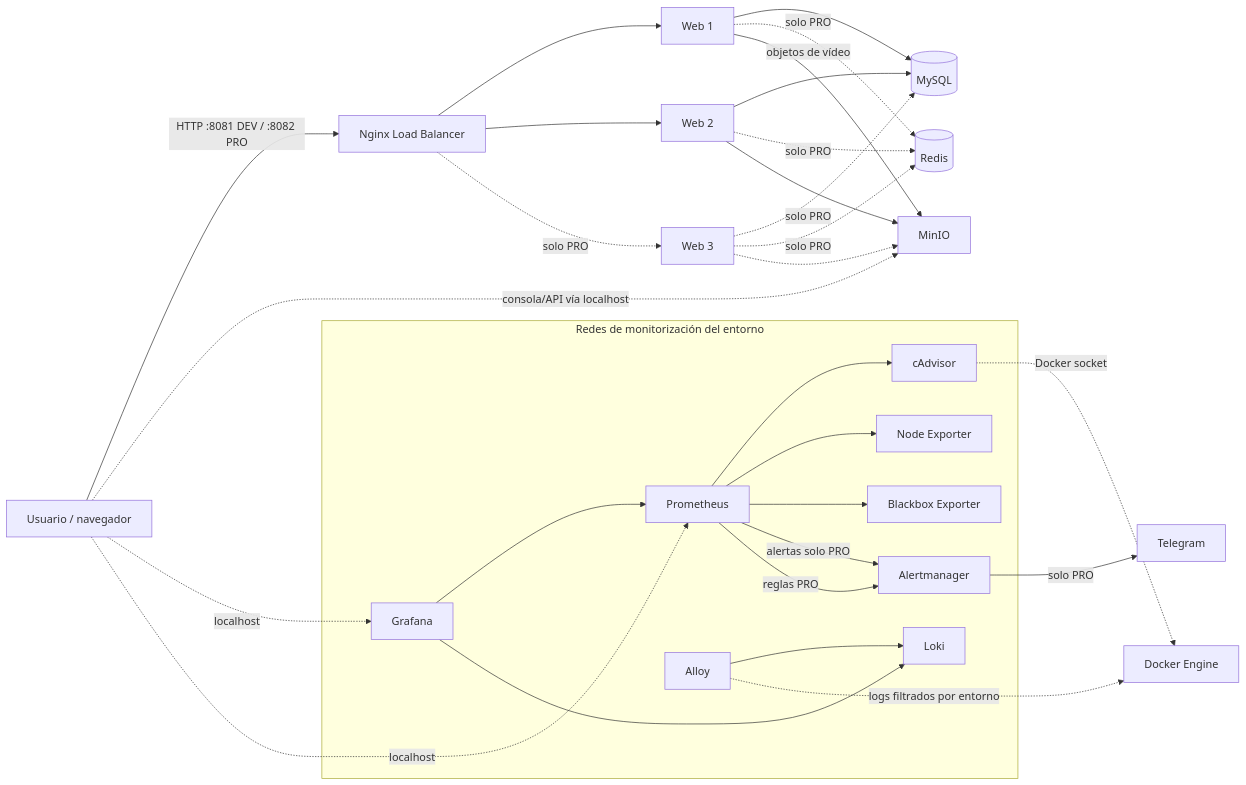
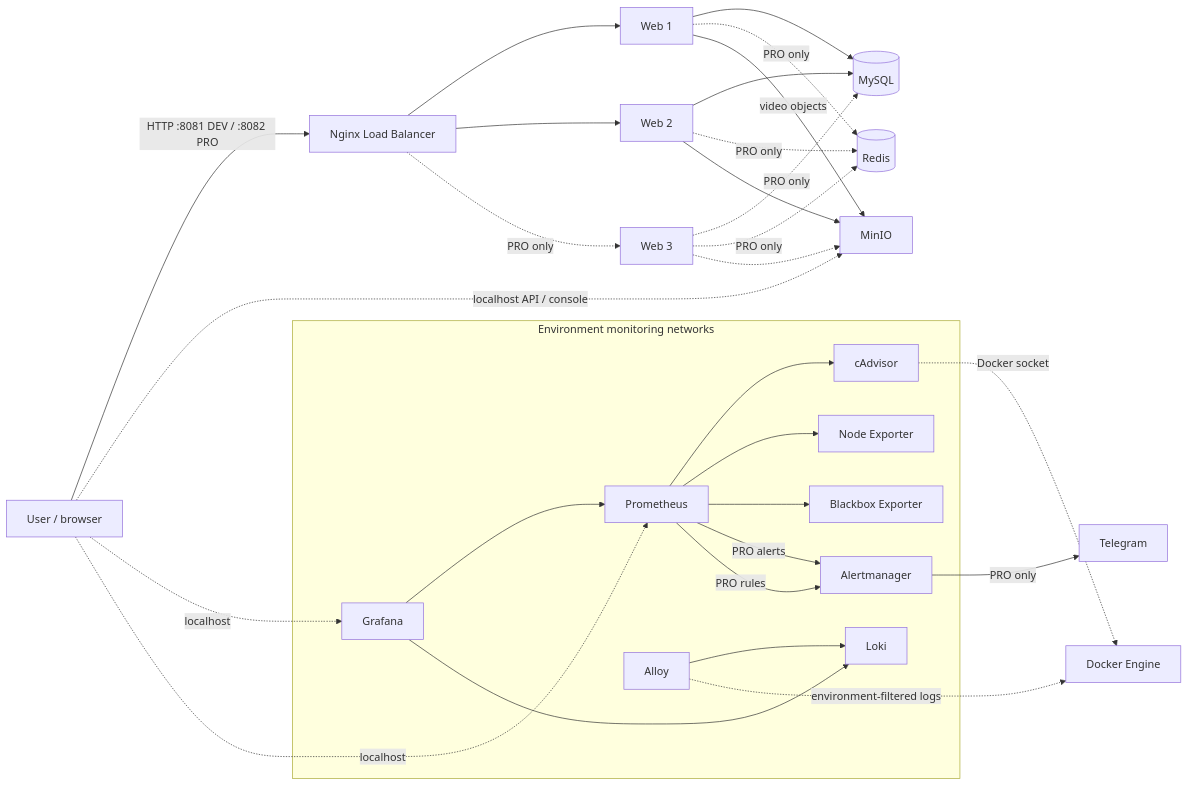
One commit to zabws3/streamforge-iac changed the diagram in README.md. Above: the diagram before and after it, drawn with Mermaid. The commit also changed other lines of this file and 7 other files, not shown here.

````diff
--- a/README.md
+++ b/README.md
@@ -169,34 +169,34 @@
 ```mermaid
 flowchart LR
-    U[Usuario / navegador] -->|HTTP :8081 DEV / :8082 PRO| LB[Nginx Load Balancer]
+    U[User / browser] -->|HTTP :8081 DEV / :8082 PRO| LB[Nginx Load Balancer]
     LB --> W1[Web 1]
     LB --> W2[Web 2]
-    LB -.->|solo PRO| W3[Web 3]
+    LB -.->|PRO only| W3[Web 3]
     W1 --> DB[(MySQL)]
     W2 --> DB
-    W3 -.->|solo PRO| DB
-    W1 -.->|solo PRO| R[(Redis)]
-    W2 -.->|solo PRO| R
-    W3 -.->|solo PRO| R
-    W1 -->|objetos de vídeo| M[MinIO]
+    W3 -.->|PRO only| DB
+    W1 -.->|PRO only| R[(Redis)]
+    W2 -.->|PRO only| R
+    W3 -.->|PRO only| R
+    W1 -->|video objects| M[MinIO]
     W2 --> M
     W3 -.-> M
 
-    subgraph Observabilidad["Redes de monitorización del entorno"]
+    subgraph Observability["Environment monitoring networks"]
         P[Prometheus] --> CA[cAdvisor]
         P --> NE[Node Exporter]
         P --> BB[Blackbox Exporter]
-        P -->|alertas solo PRO| AM[Alertmanager]
+        P -->|PRO alerts| AM[Alertmanager]
         A[Alloy] --> L[Loki]
         G[Grafana] --> P
         G --> L
     end
-    P -->|reglas PRO| AM
-    AM -->|solo PRO| TG[Telegram]
+    P -->|PRO rules| AM
+    AM -->|PRO only| TG[Telegram]
     CA -.->|Docker socket| D[Docker Engine]
-    A -.->|logs filtrados por entorno| D
+    A -.->|environment-filtered logs| D
 
-    U -.->|consola/API vía localhost| M
+    U -.->|localhost API / console| M
     U -.->|localhost| G
     U -.->|localhost| P
 ```
````
